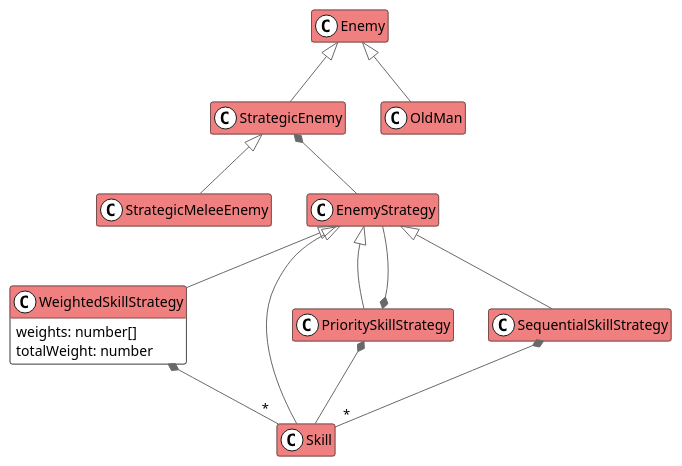
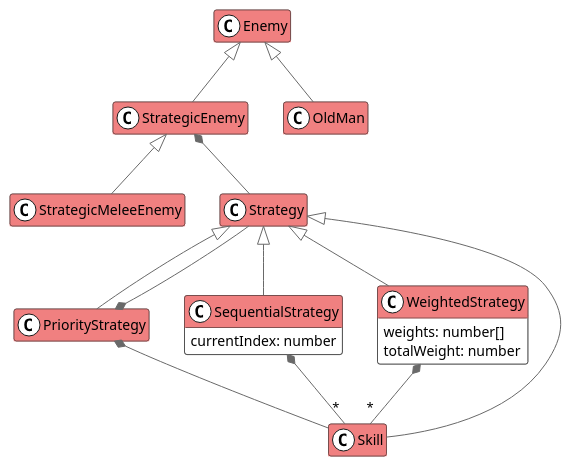
The diagram in doc/model-enemy.puml (fbeaufume/draconis), drawn with PlantUML before and after one commit. The commit also changed 5 other files, not shown here.

```diff
--- a/doc/model-enemy.puml
+++ b/doc/model-enemy.puml
@@ -1,33 +1,43 @@
 @startuml
 
 scale 1.0
 hide empty methods
 hide empty attributes
 skinparam arrowColor #DimGray
 <style>
 spotClass { BackgroundColor white }
 </style>
 skinparam class {
   BackgroundColor White
   HeaderBackgroundColor LightCoral
 }
 
-class WeightedSkillStrategy {
+class Enemy {
+}
+
+class PriorityStrategy {
+}
+
+class SequentialStrategy {
+  currentIndex: number
+}
+
+class WeightedStrategy {
   weights: number[]
   totalWeight: number
 }
 
 Enemy <|-- StrategicEnemy
 Enemy <|-- OldMan
 StrategicEnemy <|-- StrategicMeleeEnemy
-StrategicEnemy *-- EnemyStrategy
-EnemyStrategy <|-- Skill
-EnemyStrategy <|-- PrioritySkillStrategy
-EnemyStrategy <|-- SequentialSkillStrategy
-EnemyStrategy <|-- WeightedSkillStrategy
-PrioritySkillStrategy *-- Skill
-PrioritySkillStrategy *-- EnemyStrategy
-WeightedSkillStrategy *-- "*" Skill
-SequentialSkillStrategy *-- "*" Skill
+StrategicEnemy *-- Strategy
+Strategy <|-- Skill
+Strategy <|-- PriorityStrategy
+Strategy <|-- SequentialStrategy
+Strategy <|-- WeightedStrategy
+PriorityStrategy *-- Skill
+PriorityStrategy *-- Strategy
+WeightedStrategy *-- "*" Skill
+SequentialStrategy *-- "*" Skill
 
 @enduml
```
